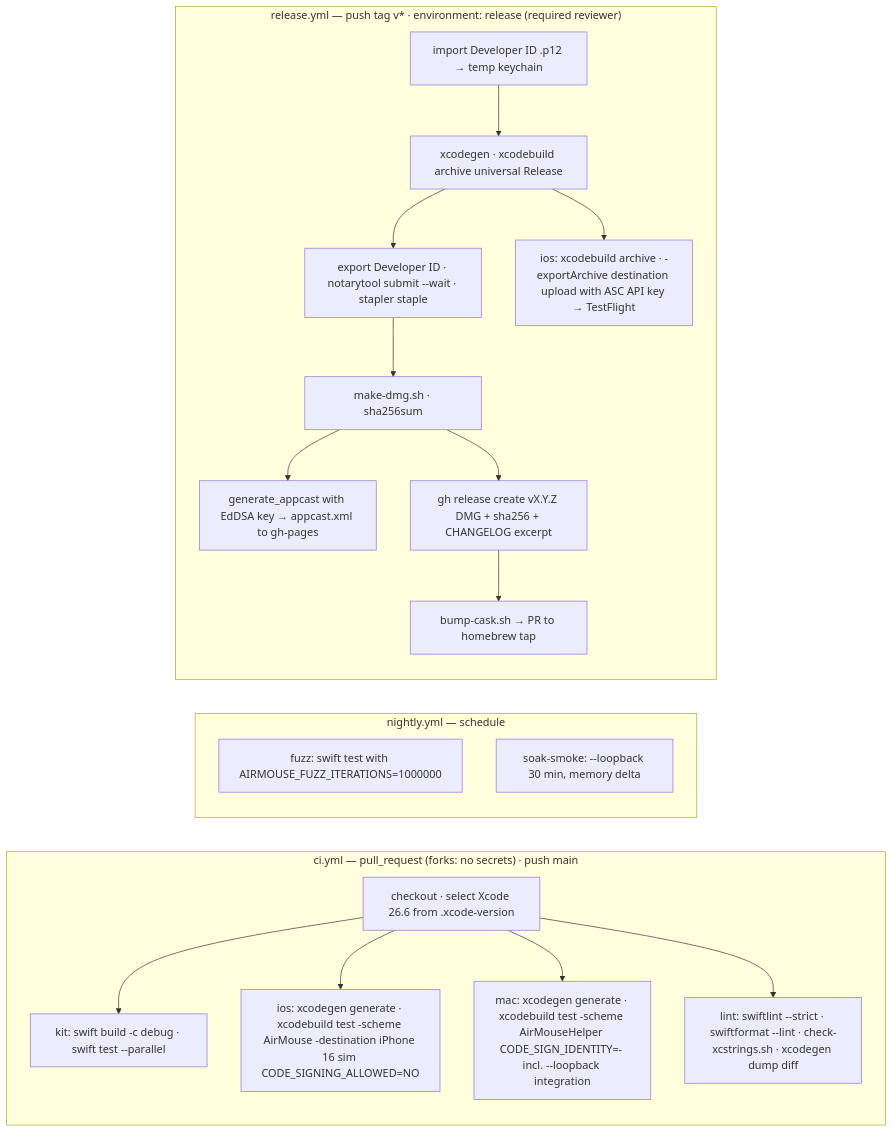
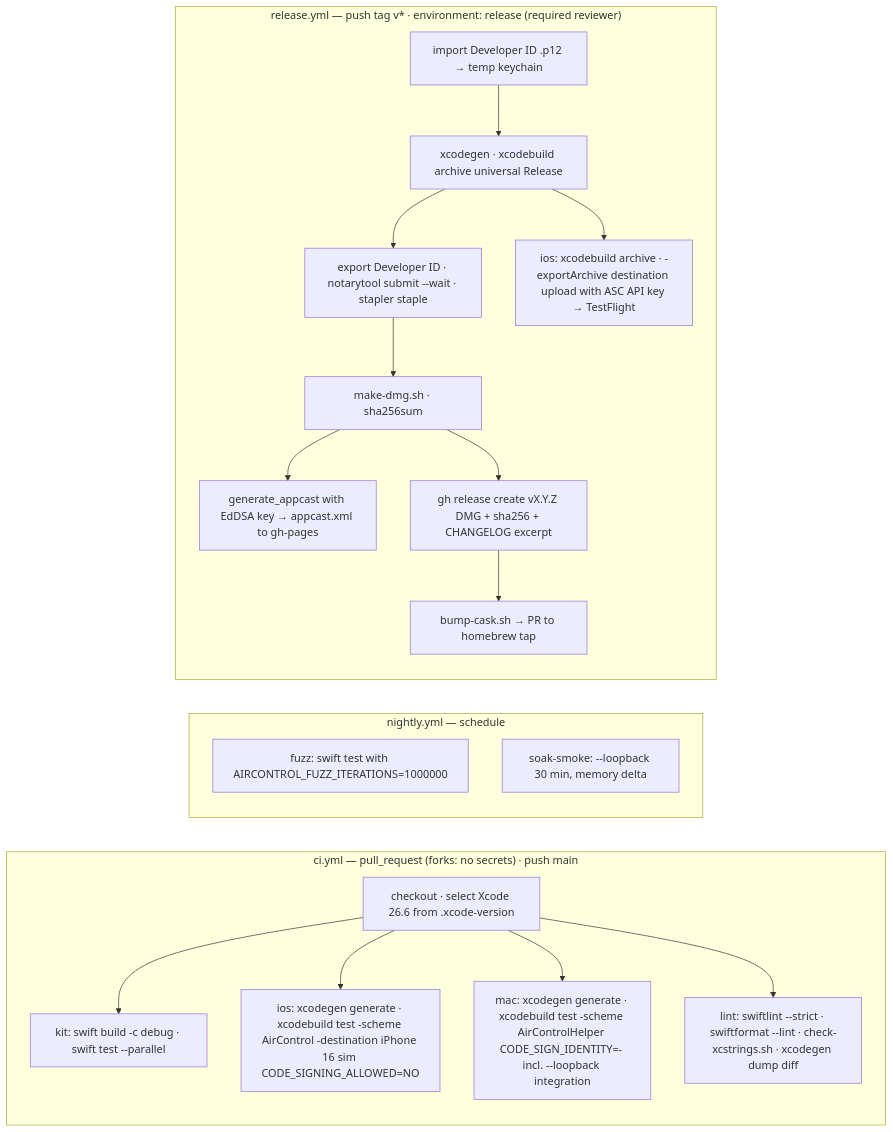
Before and after one commit to devashish2531/air-control: the tenth of 11 diagrams in docs/04-architecture.md, drawn with Mermaid. The commit also changed other lines of this file and 879 other files, not shown here.

Commit message:
Rename codename Air Mouse → Air Control everywhere: packages/modules/apps/dirs, bundle ids com.aircontrol.*, Bonjour _aircontrol, URL scheme aircontrol, HKDF/exporter labels, AIRCONTROL_* env, docs, site; gyro feature renamed Air Pointer

````diff
--- a/docs/04-architecture.md
+++ b/docs/04-architecture.md
@@ -999,22 +999,22 @@
 ```mermaid
 flowchart LR
   subgraph PR["ci.yml — pull_request (forks: no secrets) · push main"]
     A[checkout · select Xcode 26.6 from .xcode-version] --> B[kit: swift build -c debug · swift test --parallel]
-    A --> C[ios: xcodegen generate · xcodebuild test -scheme AirMouse -destination iPhone 16 sim CODE_SIGNING_ALLOWED=NO]
-    A --> D[mac: xcodegen generate · xcodebuild test -scheme AirMouseHelper CODE_SIGN_IDENTITY=- incl. --loopback integration]
+    A --> C[ios: xcodegen generate · xcodebuild test -scheme AirControl -destination iPhone 16 sim CODE_SIGNING_ALLOWED=NO]
+    A --> D[mac: xcodegen generate · xcodebuild test -scheme AirControlHelper CODE_SIGN_IDENTITY=- incl. --loopback integration]
     A --> E[lint: swiftlint --strict · swiftformat --lint · check-xcstrings.sh · xcodegen dump diff]
   end
   subgraph Nightly["nightly.yml — schedule"]
-    N1[fuzz: swift test with AIRMOUSE_FUZZ_ITERATIONS=1000000]
+    N1[fuzz: swift test with AIRCONTROL_FUZZ_ITERATIONS=1000000]
     N2[soak-smoke: --loopback 30 min, memory delta]
   end
   subgraph Rel["release.yml — push tag v* · environment: release (required reviewer)"]
     R1[import Developer ID .p12 → temp keychain] --> R2[xcodegen · xcodebuild archive universal Release]
     R2 --> R3[export Developer ID · notarytool submit --wait · stapler staple]
     R3 --> R4[make-dmg.sh · sha256sum]
     R4 --> R5[generate_appcast with EdDSA key → appcast.xml to gh-pages]
     R4 --> R6[gh release create vX.Y.Z DMG + sha256 + CHANGELOG excerpt]
     R6 --> R7[bump-cask.sh → PR to homebrew tap]
     R2 --> R8[ios: xcodebuild archive · -exportArchive destination upload with ASC API key → TestFlight]
   end
 ```
````
